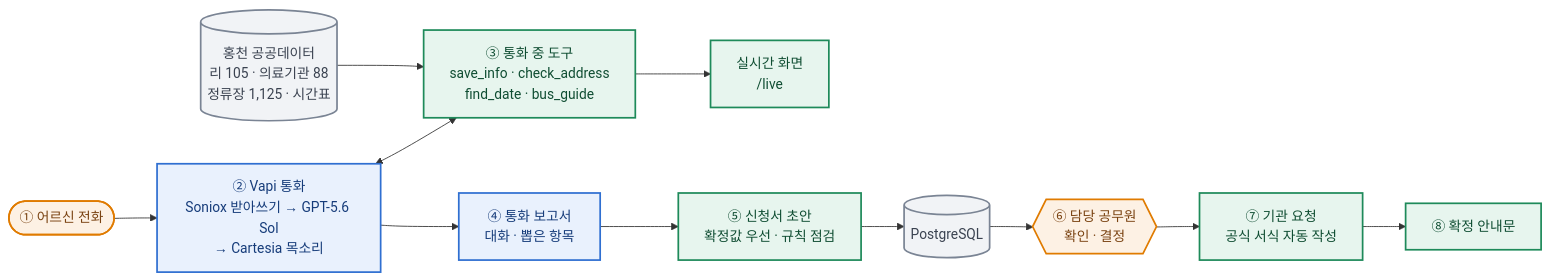
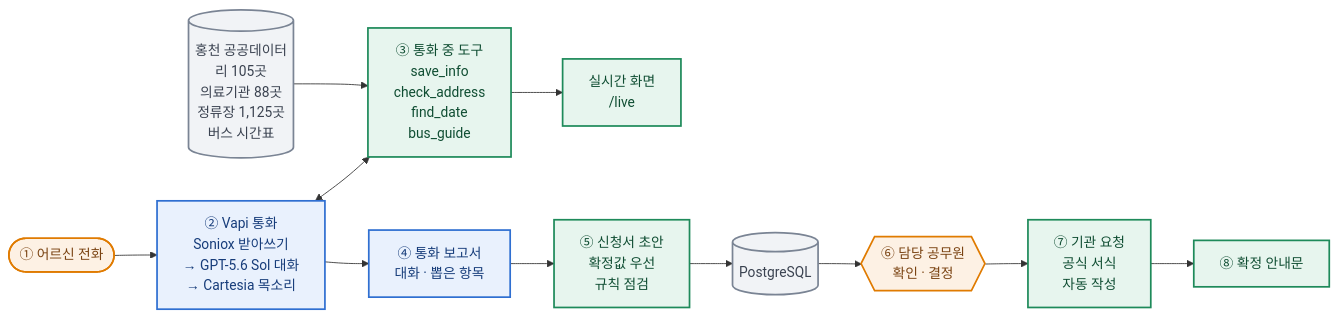
One commit to mself8/hantong changed the diagram in README.md. Above: the diagram before and after it, drawn with Mermaid.

Commit message:
README 구조도: 상자 글자 줄바꿈 위치 정리

````diff
--- a/README.md
+++ b/README.md
@@ -64,17 +64,17 @@
 ```mermaid
 flowchart LR
-  elder(["① 어르신 전화"]):::human --> vapi["② Vapi 통화<br/>Soniox 받아쓰기 → GPT-5.6 Sol<br/>→ Cartesia 목소리"]:::ai
-  vapi <--> tools["③ 통화 중 도구<br/>save_info · check_address<br/>find_date · bus_guide"]:::rule
-  pub[("홍천 공공데이터<br/>리 105 · 의료기관 88<br/>정류장 1,125 · 시간표")]:::data --> tools
+  elder(["① 어르신 전화"]):::human --> vapi["② Vapi 통화<br/>Soniox 받아쓰기<br/>→ GPT-5.6 Sol 대화<br/>→ Cartesia 목소리"]:::ai
+  vapi <--> tools["③ 통화 중 도구<br/>save_info<br/>check_address<br/>find_date<br/>bus_guide"]:::rule
+  pub[("홍천 공공데이터<br/>리 105곳<br/>의료기관 88곳<br/>정류장 1,125곳<br/>버스 시간표")]:::data --> tools
   tools --> live["실시간 화면<br/>/live"]:::rule
   vapi --> report["④ 통화 보고서<br/>대화 · 뽑은 항목"]:::ai
-  report --> draft["⑤ 신청서 초안<br/>확정값 우선 · 규칙 점검"]:::rule
+  report --> draft["⑤ 신청서 초안<br/>확정값 우선<br/>규칙 점검"]:::rule
   draft --> db[("PostgreSQL")]:::data
   db --> officer{{"⑥ 담당 공무원<br/>확인 · 결정"}}:::human
-  officer --> forms["⑦ 기관 요청<br/>공식 서식 자동 작성"]:::rule
+  officer --> forms["⑦ 기관 요청<br/>공식 서식<br/>자동 작성"]:::rule
   forms --> notice["⑧ 확정 안내문"]:::rule
   classDef human fill:#FDF1E4,stroke:#E07B00,color:#7A4312,stroke-width:2px
   classDef ai fill:#E9F1FD,stroke:#2F6FD1,color:#163C7A,stroke-width:2px
   classDef rule fill:#E7F5EE,stroke:#1E8A5A,color:#0F4D32,stroke-width:2px
   classDef data fill:#F1F3F6,stroke:#7A8494,color:#3A4250,stroke-width:2px
 ```
````
